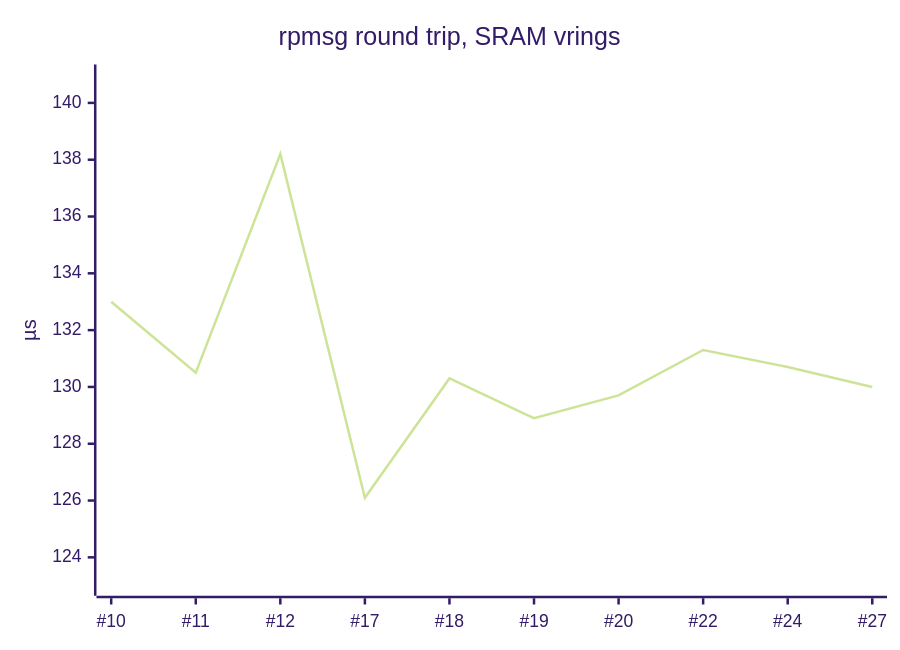
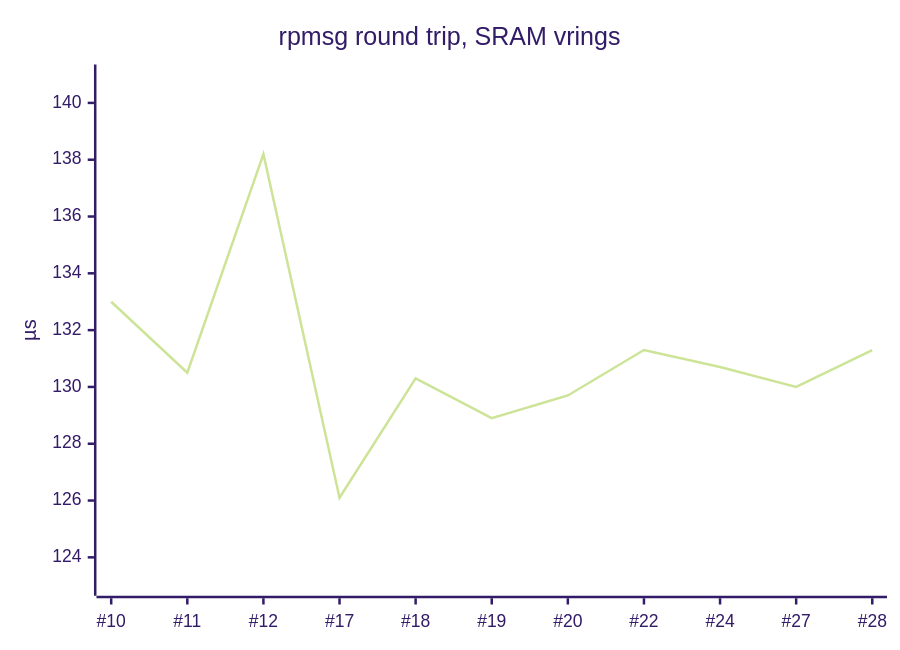
The second of 4 diagrams in wiki/Full-Sweep-Tests.md (tcmichals/cubie-a5e), drawn with Mermaid (forest theme) before and after one commit. The commit also changed other lines of this file and 5 other files, not shown here.

````diff
--- a/wiki/Full-Sweep-Tests.md
+++ b/wiki/Full-Sweep-Tests.md
@@ -60,7 +60,7 @@
 ```mermaid
 xychart-beta
     title "rpmsg round trip, SRAM vrings"
-    x-axis ["#10", "#11", "#12", "#17", "#18", "#19", "#20", "#22", "#24", "#27"]
+    x-axis ["#10", "#11", "#12", "#17", "#18", "#19", "#20", "#22", "#24", "#27", "#28"]
     y-axis "µs" 123 --> 141
-    line [133.0, 130.5, 138.2, 126.1, 130.3, 128.9, 129.7, 131.3, 130.7, 130.0]
+    line [133.0, 130.5, 138.2, 126.1, 130.3, 128.9, 129.7, 131.3, 130.7, 130.0, 131.3]
 ```
````
